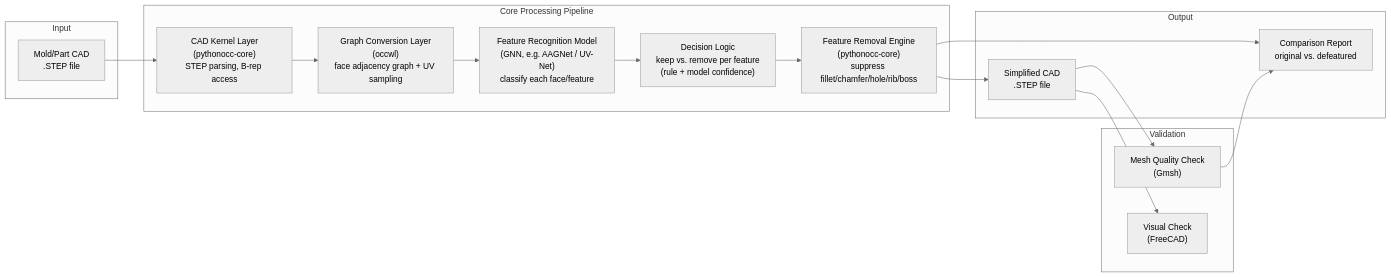
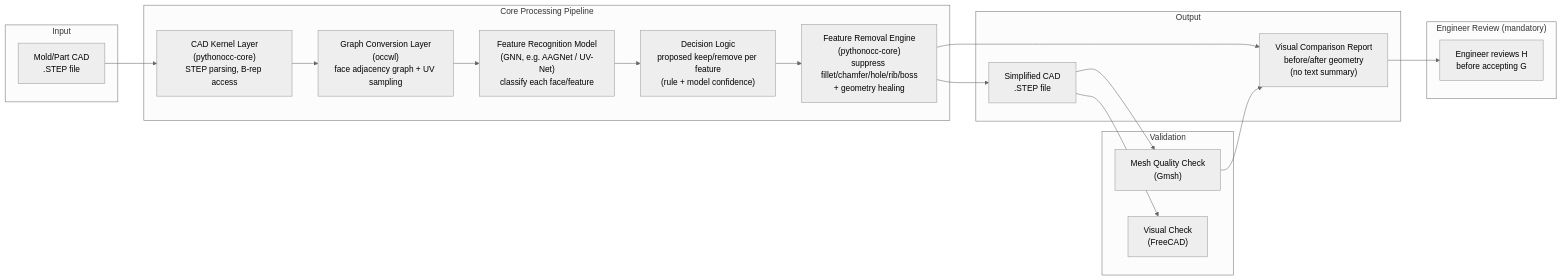
One commit to Junoh-Lee111/CapstoneProject-HP-Mold-Part-Defeaturing changed the first of 2 diagrams in docs/architecture.md. Above: the diagram before and after it, drawn with Mermaid (neutral theme). The commit also changed other lines of this file and 3 other files, not shown here.

First line of the commit message:
Update requirements per mentor meeting: STEP-only, visual report, mandatory review

````diff
--- a/docs/architecture.md
+++ b/docs/architecture.md
@@ -7,30 +7,35 @@
 ```mermaid
 flowchart LR
     subgraph INPUT["Input"]
         A[Mold/Part CAD\n.STEP file]
     end
 
     subgraph CORE["Core Processing Pipeline"]
         B["CAD Kernel Layer\n(pythonocc-core)\nSTEP parsing, B-rep access"]
         C["Graph Conversion Layer\n(occwl)\nface adjacency graph + UV sampling"]
         D["Feature Recognition Model\n(GNN, e.g. AAGNet / UV-Net)\nclassify each face/feature"]
-        E["Decision Logic\nkeep vs. remove per feature\n(rule + model confidence)"]
-        F["Feature Removal Engine\n(pythonocc-core)\nsuppress fillet/chamfer/hole/rib/boss"]
+        E["Decision Logic\nproposed keep/remove per feature\n(rule + model confidence)"]
+        F["Feature Removal Engine\n(pythonocc-core)\nsuppress fillet/chamfer/hole/rib/boss\n+ geometry healing"]
     end
 
     subgraph OUTPUT["Output"]
         G[Simplified CAD\n.STEP file]
-        H[Comparison Report\noriginal vs. defeatured]
+        H["Visual Comparison Report\nbefore/after geometry\n(no text summary)"]
+    end
+
+    subgraph REVIEW["Engineer Review (mandatory)"]
+        R["Engineer reviews H\nbefore accepting G"]
     end
 
     subgraph EVAL["Validation"]
         I["Mesh Quality Check\n(Gmsh)"]
         J["Visual Check\n(FreeCAD)"]
     end
 
     A --> B --> C --> D --> E --> F --> G
     F --> H
+    H --> R
     G --> I
     G --> J
     I --> H
 ```
````
